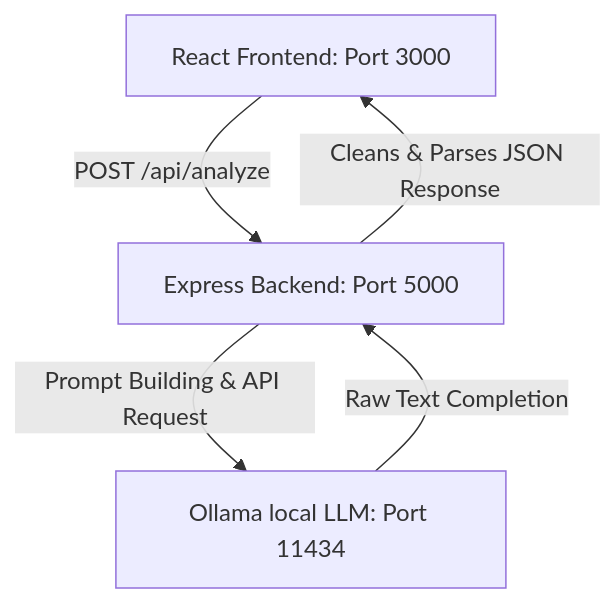
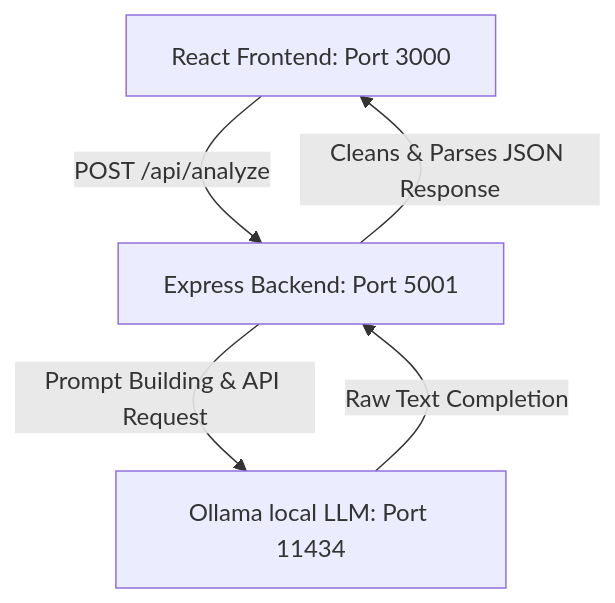
One commit to Shree-svg/trinethra changed the diagram in README.md. Above: the diagram before and after it, drawn with Mermaid. The commit also changed other lines of this file and 2 other files, not shown here.

Commit message:
fix: change backend port to 5001 to avoid macOS conflict

````diff
--- a/README.md
+++ b/README.md
@@ -11,7 +11,7 @@
 ```mermaid
 graph TD
-  A[React Frontend: Port 3000] -->|POST /api/analyze| B[Express Backend: Port 5000]
+  A[React Frontend: Port 3000] -->|POST /api/analyze| B[Express Backend: Port 5001]
   B -->|Prompt Building & API Request| C[Ollama local LLM: Port 11434]
   C -->|Raw Text Completion| B
   B -->|Cleans & Parses JSON Response| A
 ```
````
